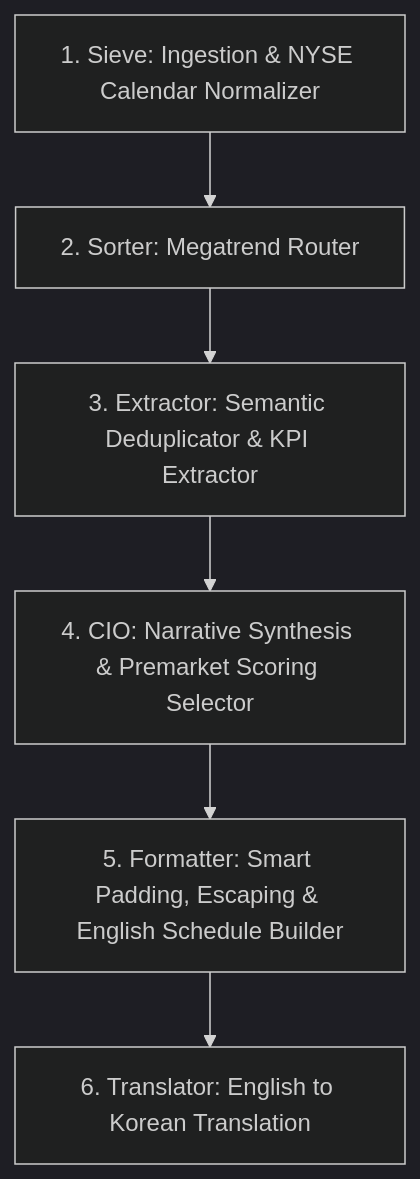
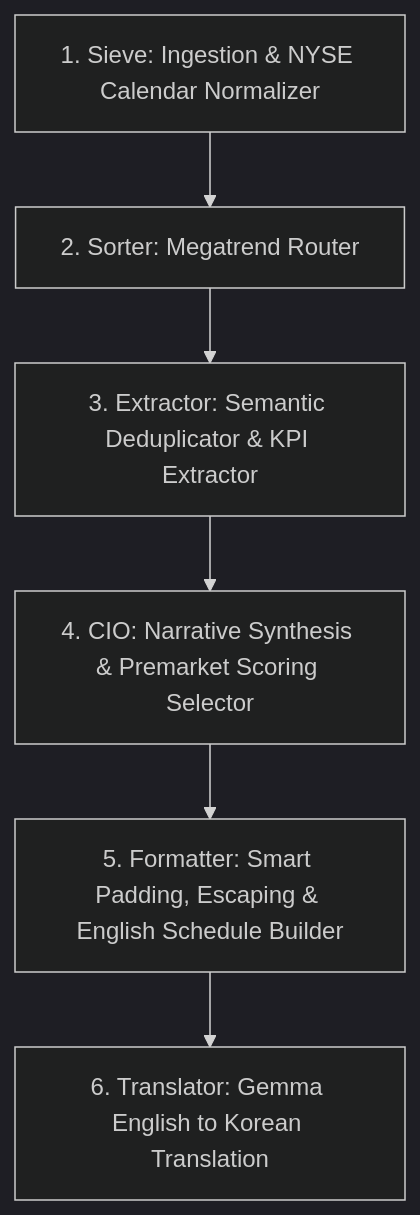
Before and after one commit to buddy-proiectio/core: the diagram in README.md, drawn with Mermaid (dark theme). The commit also changed other lines of this file, not shown here.

Commit message:
docs: restructure README and update translation model specs

````diff
--- a/README.md
+++ b/README.md
@@ -11,8 +95,8 @@
 ```mermaid
 graph TD
     sieve[1. Sieve: Ingestion & NYSE Calendar Normalizer] --> sorter[2. Sorter: Megatrend Router]
     sorter --> extractor[3. Extractor: Semantic Deduplicator & KPI Extractor]
     extractor --> cio[4. CIO: Narrative Synthesis & Premarket Scoring Selector]
     cio --> formatter[5. Formatter: Smart Padding, Escaping & English Schedule Builder]
-    formatter --> translator[6. Translator: English to Korean Translation]
+    formatter --> translator[6. Translator: Gemma English to Korean Translation]
 ```
````
